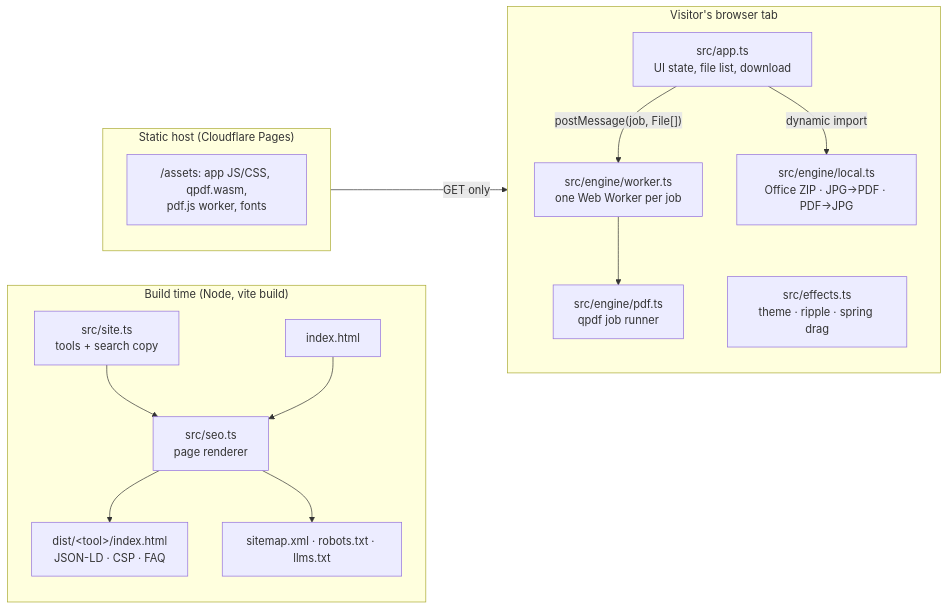
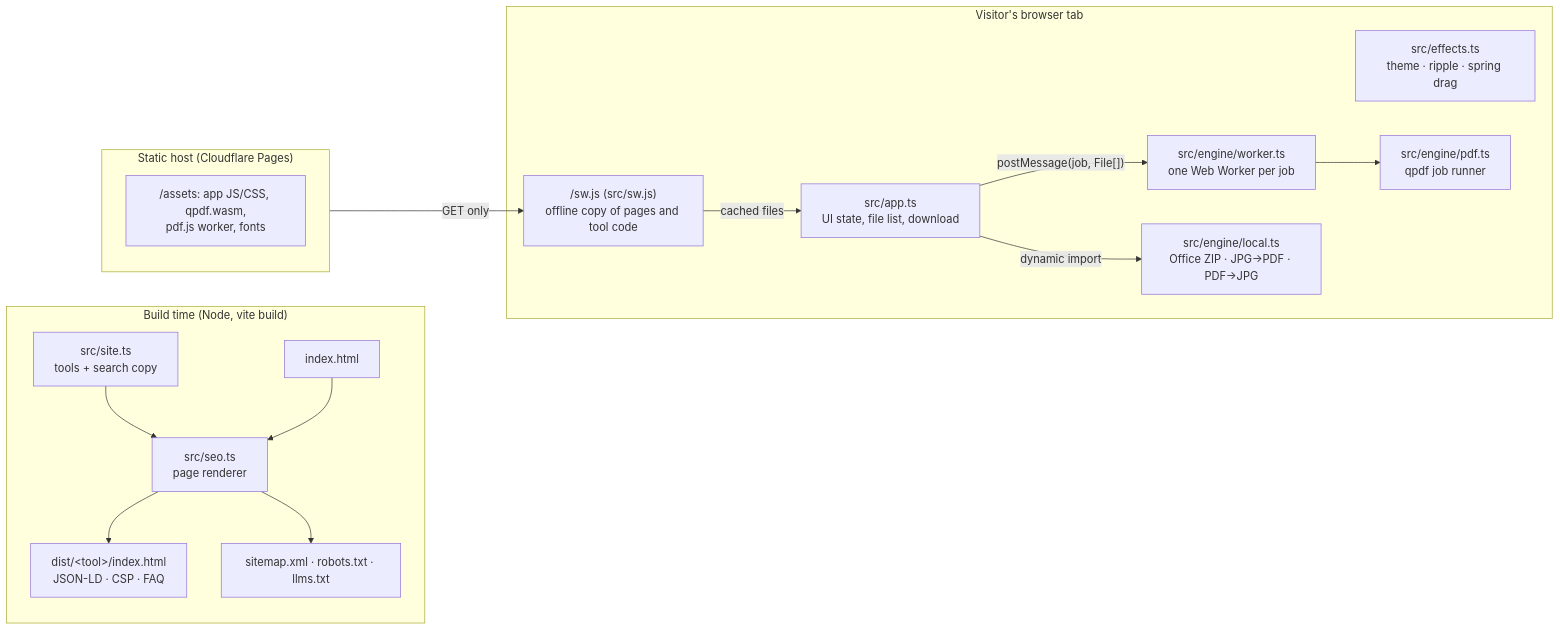
Before and after one commit to kingrishabdugar/fizzdoc: the first of 2 diagrams in docs/ARCHITECTURE.md, drawn with Mermaid. The commit also changed other lines of this file and 5 other files, not shown here.

First line of the commit message:
Docs: the offline service worker in the architecture map

````diff
--- a/docs/ARCHITECTURE.md
+++ b/docs/ARCHITECTURE.md
@@ -9,27 +9,29 @@
 ```mermaid
 flowchart LR
   subgraph Build["Build time (Node, vite build)"]
     site["src/site.ts<br/>tools + search copy"] --> seo["src/seo.ts<br/>page renderer"]
     tpl["index.html"] --> seo
     seo --> pages["dist/&lt;tool&gt;/index.html<br/>JSON-LD · CSP · FAQ"]
     seo --> meta["sitemap.xml · robots.txt · llms.txt"]
   end
 
   subgraph Host["Static host (Cloudflare Pages)"]
     pages
     meta
     assets["/assets: app JS/CSS, qpdf.wasm,<br/>pdf.js worker, fonts"]
   end
 
   subgraph Browser["Visitor's browser tab"]
+    sw["/sw.js (src/sw.js)<br/>offline copy of pages and tool code"]
     app["src/app.ts<br/>UI state, file list, download"]
     fx["src/effects.ts<br/>theme · ripple · spring drag"]
     worker["src/engine/worker.ts<br/>one Web Worker per job"]
     pdf["src/engine/pdf.ts<br/>qpdf job runner"]
     local["src/engine/local.ts<br/>Office ZIP · JPG→PDF · PDF→JPG"]
     app -- "postMessage(job, File[])" --> worker --> pdf
     app -- "dynamic import" --> local
   end
 
-  Host -- "GET only" --> Browser
+  Host -- "GET only" --> sw
+  sw -- "cached files" --> app
 ```
````
